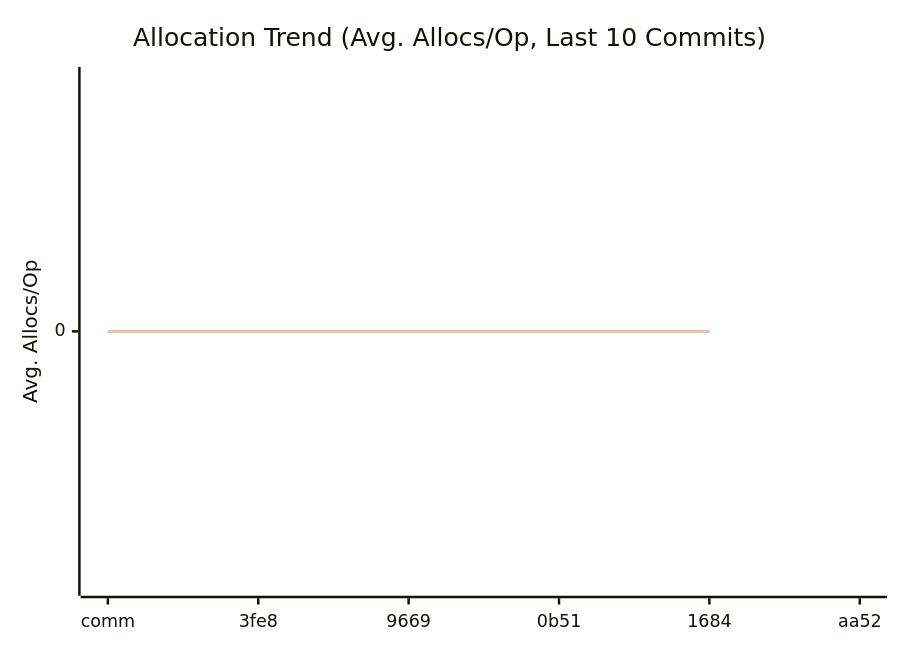
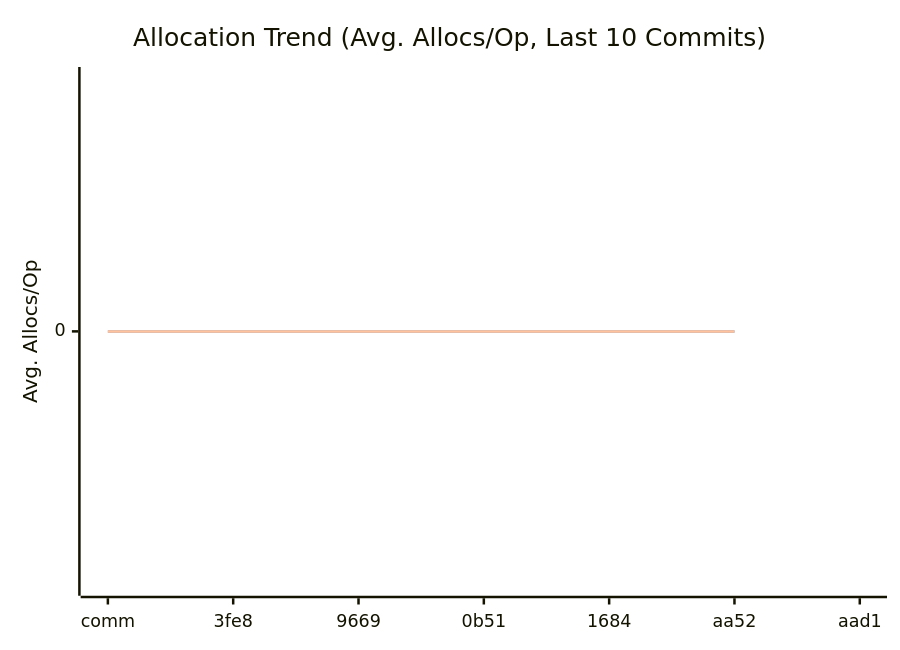
The third of 3 diagrams in doc/README.md (alsotoes/momo), drawn with Mermaid before and after one commit. The commit also changed other lines of this file and 1 other file, not shown here.

````diff
--- a/doc/README.md
+++ b/doc/README.md
@@ -312,10 +312,10 @@
 ```mermaid
 xychart-beta
     title "Allocation Trend (Avg. Allocs/Op, Last 10 Commits)"
     x-axis "Commit"
     y-axis "Avg. Allocs/Op"
-    x-axis [comm,3fe8,9669,0b51,1684,aa52]
-    line "CheckMetricsAndSwap" [0,0,0,0,0]
-    line "IndexDirectTracking" [0,0,0,0,0]
-    line "IndexSearch" [0,0,0,0,0]
+    x-axis [comm,3fe8,9669,0b51,1684,aa52,aad1]
+    line "CheckMetricsAndSwap" [0,0,0,0,0,0]
+    line "IndexDirectTracking" [0,0,0,0,0,0]
+    line "IndexSearch" [0,0,0,0,0,0]
 ```
````
